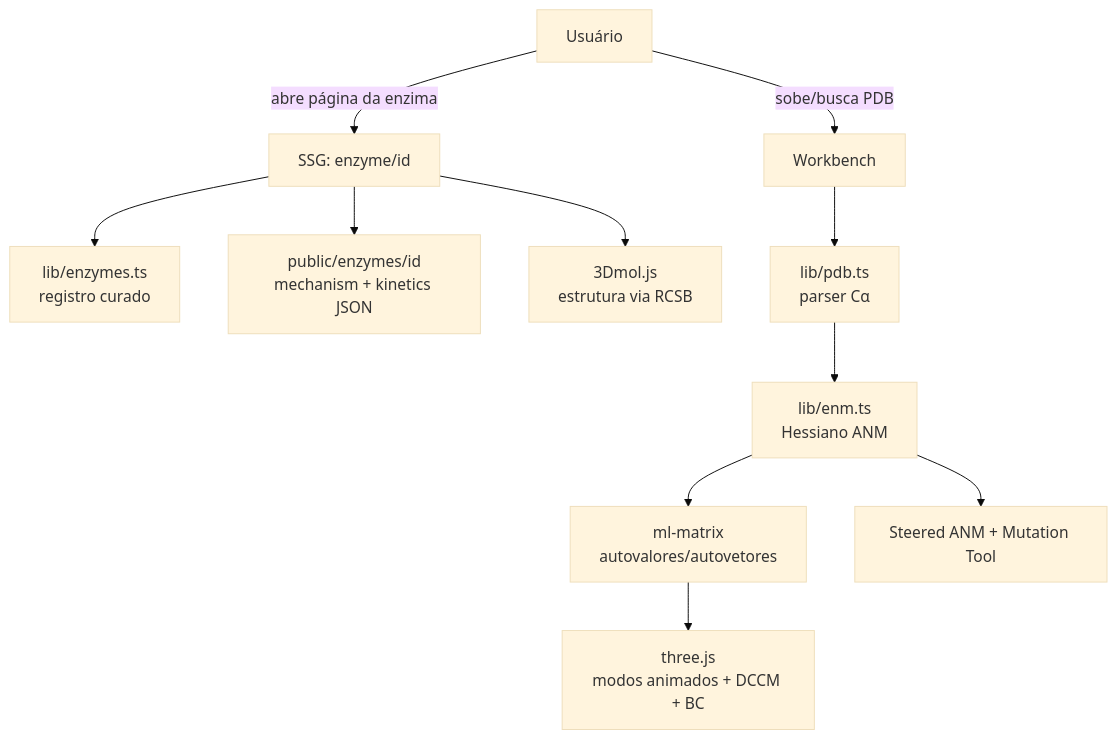
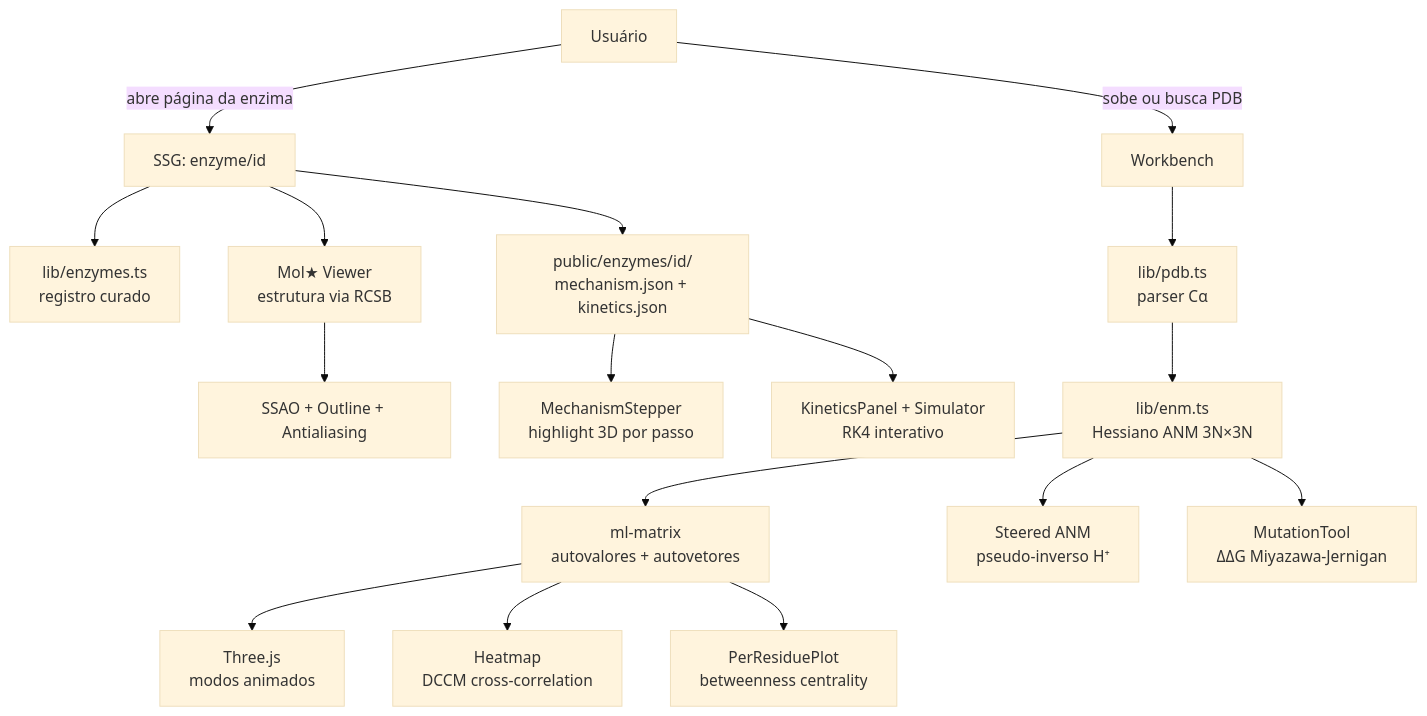
Before and after one commit to caioross/CatalyticAtlasEDE: the first of 2 diagrams in README.md, drawn with Mermaid (base theme). The commit also changed other lines of this file and 13 other files, not shown here.

````diff
--- a/README.md
+++ b/README.md
@@ -95,13 +209,20 @@
 ```mermaid
 flowchart TD
     A[Usuário] -->|abre página da enzima| B[SSG: enzyme/id]
     B --> C[lib/enzymes.ts<br/>registro curado]
-    B --> D[public/enzymes/id<br/>mechanism + kinetics JSON]
-    B --> E[3Dmol.js<br/>estrutura via RCSB]
-    A -->|sobe/busca PDB| F[Workbench]
-    F --> G[lib/pdb.ts<br/>parser Cα]
-    G --> H[lib/enm.ts<br/>Hessiano ANM]
-    H --> I[ml-matrix<br/>autovalores/autovetores]
-    I --> J[three.js<br/>modos animados + DCCM + BC]
-    H --> K[Steered ANM + Mutation Tool]
+    B --> D[public/enzymes/id/<br/>mechanism.json + kinetics.json]
+    B --> E[Mol★ Viewer<br/>estrutura via RCSB]
+    E --> E2[SSAO + Outline + Antialiasing]
+    D --> F[MechanismStepper<br/>highlight 3D por passo]
+    D --> G[KineticsPanel + Simulator<br/>RK4 interativo]
+
+    A -->|sobe ou busca PDB| H[Workbench]
+    H --> I[lib/pdb.ts<br/>parser Cα]
+    I --> J[lib/enm.ts<br/>Hessiano ANM 3N×3N]
+    J --> K[ml-matrix<br/>autovalores + autovetores]
+    K --> L[Three.js<br/>modos animados]
+    K --> M[Heatmap<br/>DCCM cross-correlation]
+    K --> N[PerResiduePlot<br/>betweenness centrality]
+    J --> O[Steered ANM<br/>pseudo-inverso H⁺]
+    J --> P[MutationTool<br/>ΔΔG Miyazawa-Jernigan]
 ```
````
